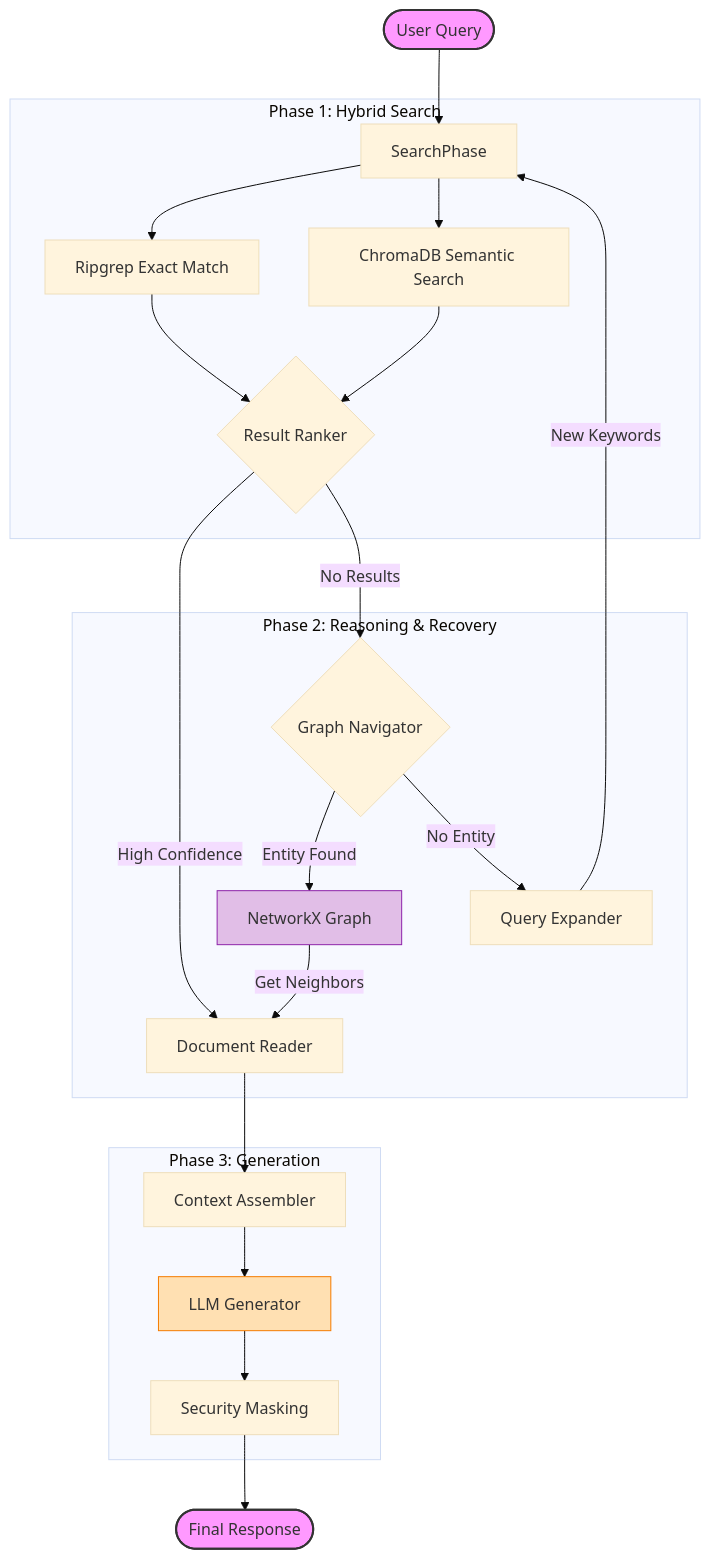
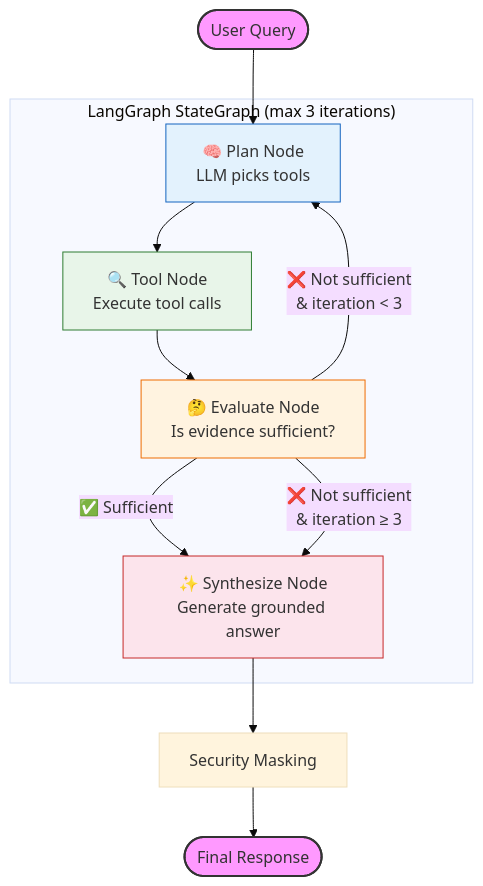
The diagram in README.md (coin1860/kb-agent), drawn with Mermaid (base theme) before and after one commit. The commit also changed other lines of this file, not shown here.

````diff
--- a/README.md
+++ b/README.md
@@ -56,34 +68,22 @@
 ```mermaid
 graph TD
-    Start([User Query]) --> SearchPhase
+    Start([User Query]) --> Plan
 
-    subgraph "Phase 1: Hybrid Search"
-        SearchPhase --> Grep[Ripgrep Exact Match]
-        SearchPhase --> Vector[ChromaDB Semantic Search]
-        Grep & Vector --> Ranker{Result Ranker}
+    subgraph "LangGraph StateGraph (max 3 iterations)"
+        Plan["🧠 Plan Node<br/>LLM picks tools"] --> ToolExec["🔍 Tool Node<br/>Execute tool calls"]
+        ToolExec --> Evaluate["🤔 Evaluate Node<br/>Is evidence sufficient?"]
+        Evaluate -->|"✅ Sufficient"| Synthesize["✨ Synthesize Node<br/>Generate grounded answer"]
+        Evaluate -->|"❌ Not sufficient<br/>& iteration < 3"| Plan
+        Evaluate -->|"❌ Not sufficient<br/>& iteration ≥ 3"| Synthesize
     end
 
-    Ranker -- "High Confidence" --> Reader[Document Reader]
-    Ranker -- "No Results" --> GraphNav{Graph Navigator}
-
-    subgraph "Phase 2: Reasoning & Recovery"
-        GraphNav -- "Entity Found" --> Graph[NetworkX Graph]
-        Graph -- "Get Neighbors" --> Reader
-
-        GraphNav -- "No Entity" --> Retry[Query Expander]
-        Retry -- "New Keywords" --> SearchPhase
-    end
-
-    subgraph "Phase 3: Generation"
-        Reader --> Context[Context Assembler]
-        Context --> LLM[LLM Generator]
-        LLM --> Masking[Security Masking]
-    end
-
+    Synthesize --> Masking[Security Masking]
     Masking --> End([Final Response])
 
     style Start fill:#f9f,stroke:#333,stroke-width:2px
     style End fill:#f9f,stroke:#333,stroke-width:2px
-    style Graph fill:#e1bee7,stroke:#8e24aa
-    style LLM fill:#ffe0b2,stroke:#f57c00
+    style Plan fill:#e3f2fd,stroke:#1565c0
+    style ToolExec fill:#e8f5e9,stroke:#2e7d32
+    style Evaluate fill:#fff3e0,stroke:#ef6c00
+    style Synthesize fill:#fce4ec,stroke:#c62828
 ```
````
